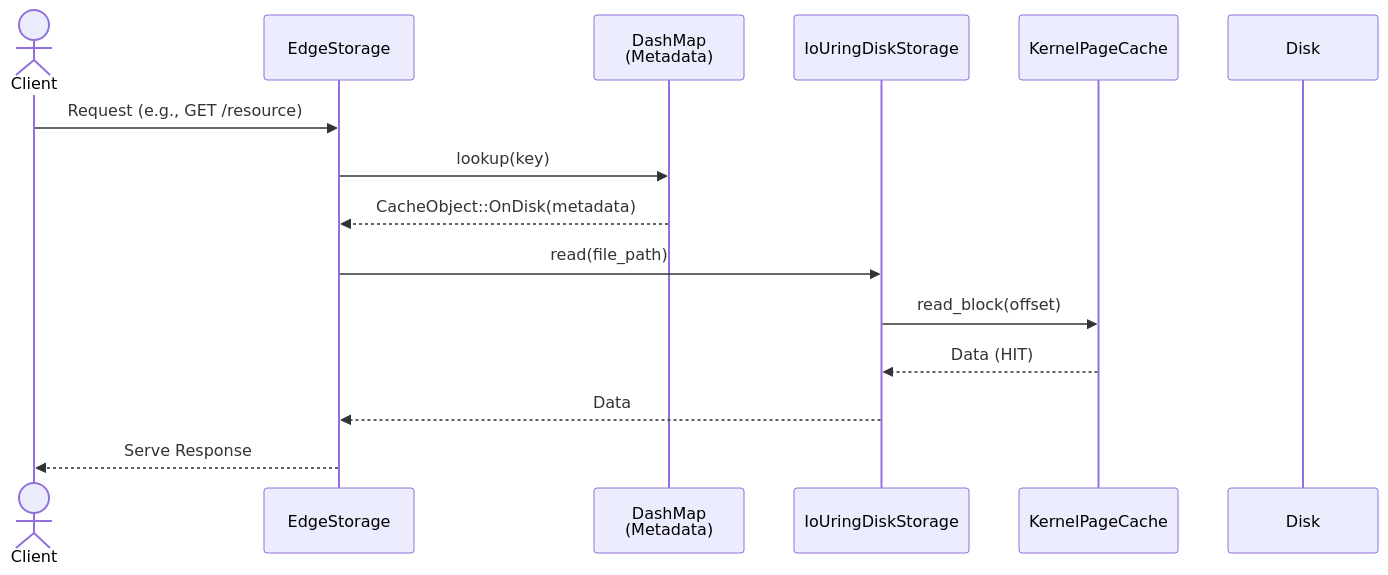
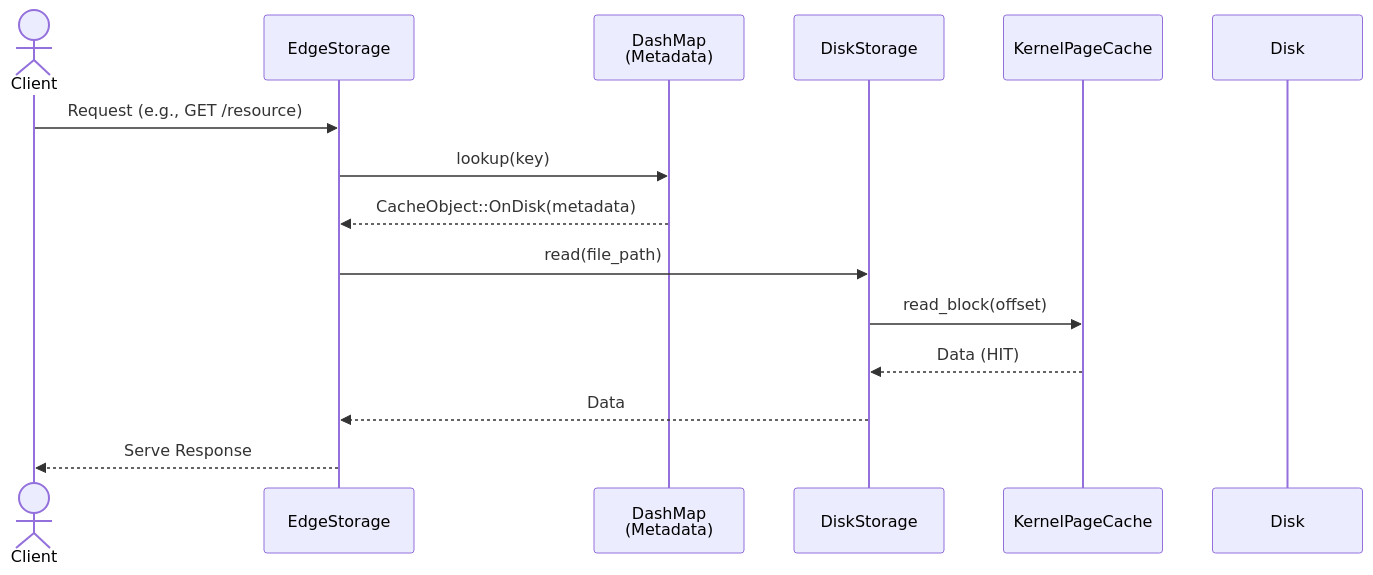
One commit to PixmaNts/edge-cdn-store changed the second of 4 diagrams in design/architecture_diagrams.md. Above: the diagram before and after it, drawn with Mermaid. The commit also changed other lines of this file and 6 other files, not shown here.

````diff
--- a/design/architecture_diagrams.md
+++ b/design/architecture_diagrams.md
@@ -39,18 +39,18 @@
 ```mermaid
 sequenceDiagram
     actor Client
     participant EdgeStorage
     participant DashMap as DashMap<br>(Metadata)
-    participant IoUringDiskStorage
+    participant DiskStorage
     participant KernelPageCache
     participant Disk
 
     Client->>EdgeStorage: Request (e.g., GET /resource)
     EdgeStorage->>DashMap: lookup(key)
     DashMap-->>EdgeStorage: CacheObject::OnDisk(metadata)
-    EdgeStorage->>IoUringDiskStorage: read(file_path)
-    IoUringDiskStorage->>KernelPageCache: read_block(offset)
-    KernelPageCache-->>IoUringDiskStorage: Data (HIT)
-    IoUringDiskStorage-->>EdgeStorage: Data
+    EdgeStorage->>DiskStorage: read(file_path)
+    DiskStorage->>KernelPageCache: read_block(offset)
+    KernelPageCache-->>DiskStorage: Data (HIT)
+    DiskStorage-->>EdgeStorage: Data
     EdgeStorage-->>Client: Serve Response
 ```
````
